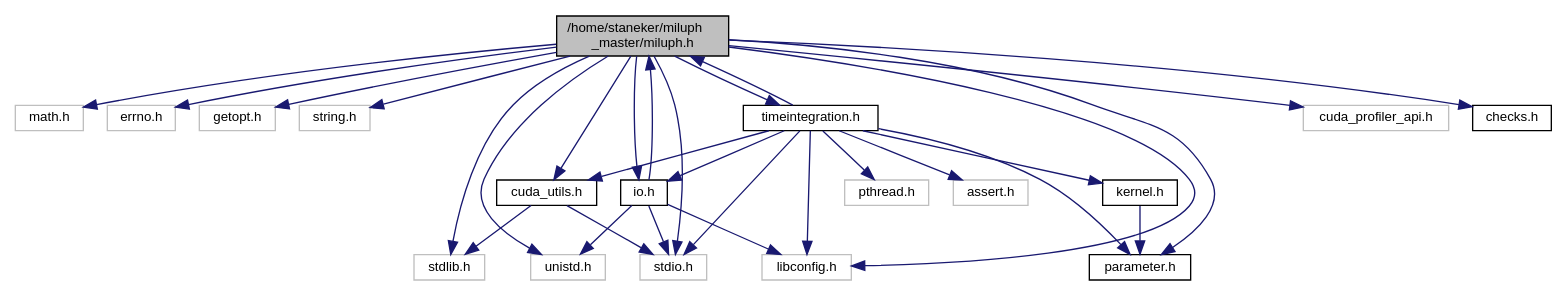
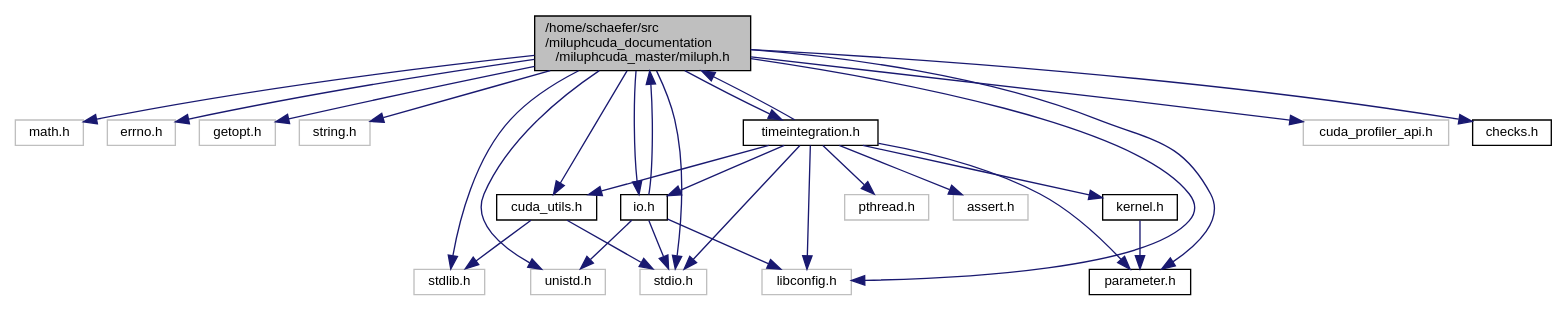
The diagram in docs/miluph_8h__incl.dot (christophmschaefer/miluphcuda), drawn with Graphviz before and after one commit. The commit also changed 272 other files, not shown here.

```diff
--- a/docs/miluph_8h__incl.dot
+++ b/docs/miluph_8h__incl.dot
@@ -1,53 +1,53 @@
-digraph "/home/staneker/miluph_master/miluph.h"
+digraph "/home/schaefer/src/miluphcuda_documentation/miluphcuda_master/miluph.h"
 {
   edge [fontname="Helvetica",fontsize="10",labelfontname="Helvetica",labelfontsize="10"];
   node [fontname="Helvetica",fontsize="10",shape=record];
-  Node0 [label="/home/staneker/miluph\l_master/miluph.h",height=0.2,width=0.4,color="black", fillcolor="grey75", style="filled", fontcolor="black"];
+  Node0 [label="/home/schaefer/src\l/miluphcuda_documentation\l/miluphcuda_master/miluph.h",height=0.2,width=0.4,color="black", fillcolor="grey75", style="filled", fontcolor="black"];
   Node0 -> Node1 [color="midnightblue",fontsize="10",style="solid",fontname="Helvetica"];
   Node1 [label="math.h",height=0.2,width=0.4,color="grey75", fillcolor="white", style="filled"];
   Node0 -> Node2 [color="midnightblue",fontsize="10",style="solid",fontname="Helvetica"];
   Node2 [label="errno.h",height=0.2,width=0.4,color="grey75", fillcolor="white", style="filled"];
   Node0 -> Node3 [color="midnightblue",fontsize="10",style="solid",fontname="Helvetica"];
   Node3 [label="getopt.h",height=0.2,width=0.4,color="grey75", fillcolor="white", style="filled"];
   Node0 -> Node4 [color="midnightblue",fontsize="10",style="solid",fontname="Helvetica"];
   Node4 [label="string.h",height=0.2,width=0.4,color="grey75", fillcolor="white", style="filled"];
   Node0 -> Node5 [color="midnightblue",fontsize="10",style="solid",fontname="Helvetica"];
   Node5 [label="unistd.h",height=0.2,width=0.4,color="grey75", fillcolor="white", style="filled"];
   Node0 -> Node6 [color="midnightblue",fontsize="10",style="solid",fontname="Helvetica"];
   Node6 [label="stdio.h",height=0.2,width=0.4,color="grey75", fillcolor="white", style="filled"];
   Node0 -> Node7 [color="midnightblue",fontsize="10",style="solid",fontname="Helvetica"];
   Node7 [label="stdlib.h",height=0.2,width=0.4,color="grey75", fillcolor="white", style="filled"];
   Node0 -> Node8 [color="midnightblue",fontsize="10",style="solid",fontname="Helvetica"];
   Node8 [label="libconfig.h",height=0.2,width=0.4,color="grey75", fillcolor="white", style="filled"];
   Node0 -> Node9 [color="midnightblue",fontsize="10",style="solid",fontname="Helvetica"];
   Node9 [label="cuda_utils.h",height=0.2,width=0.4,color="black", fillcolor="white", style="filled",URL="$cuda__utils_8h.html"];
   Node9 -> Node6 [color="midnightblue",fontsize="10",style="solid",fontname="Helvetica"];
   Node9 -> Node7 [color="midnightblue",fontsize="10",style="solid",fontname="Helvetica"];
   Node0 -> Node10 [color="midnightblue",fontsize="10",style="solid",fontname="Helvetica"];
   Node10 [label="parameter.h",height=0.2,width=0.4,color="black", fillcolor="white", style="filled",URL="$parameter_8h.html"];
   Node0 -> Node11 [color="midnightblue",fontsize="10",style="solid",fontname="Helvetica"];
   Node11 [label="io.h",height=0.2,width=0.4,color="black", fillcolor="white", style="filled",URL="$io_8h.html"];
   Node11 -> Node6 [color="midnightblue",fontsize="10",style="solid",fontname="Helvetica"];
   Node11 -> Node5 [color="midnightblue",fontsize="10",style="solid",fontname="Helvetica"];
   Node11 -> Node8 [color="midnightblue",fontsize="10",style="solid",fontname="Helvetica"];
   Node11 -> Node0 [color="midnightblue",fontsize="10",style="solid",fontname="Helvetica"];
   Node0 -> Node12 [color="midnightblue",fontsize="10",style="solid",fontname="Helvetica"];
   Node12 [label="timeintegration.h",height=0.2,width=0.4,color="black", fillcolor="white", style="filled",URL="$timeintegration_8h.html"];
   Node12 -> Node6 [color="midnightblue",fontsize="10",style="solid",fontname="Helvetica"];
   Node12 -> Node8 [color="midnightblue",fontsize="10",style="solid",fontname="Helvetica"];
   Node12 -> Node13 [color="midnightblue",fontsize="10",style="solid",fontname="Helvetica"];
   Node13 [label="pthread.h",height=0.2,width=0.4,color="grey75", fillcolor="white", style="filled"];
   Node12 -> Node14 [color="midnightblue",fontsize="10",style="solid",fontname="Helvetica"];
   Node14 [label="assert.h",height=0.2,width=0.4,color="grey75", fillcolor="white", style="filled"];
   Node12 -> Node10 [color="midnightblue",fontsize="10",style="solid",fontname="Helvetica"];
   Node12 -> Node0 [color="midnightblue",fontsize="10",style="solid",fontname="Helvetica"];
   Node12 -> Node11 [color="midnightblue",fontsize="10",style="solid",fontname="Helvetica"];
   Node12 -> Node9 [color="midnightblue",fontsize="10",style="solid",fontname="Helvetica"];
   Node12 -> Node15 [color="midnightblue",fontsize="10",style="solid",fontname="Helvetica"];
   Node15 [label="kernel.h",height=0.2,width=0.4,color="black", fillcolor="white", style="filled",URL="$kernel_8h.html"];
   Node15 -> Node10 [color="midnightblue",fontsize="10",style="solid",fontname="Helvetica"];
   Node0 -> Node16 [color="midnightblue",fontsize="10",style="solid",fontname="Helvetica"];
   Node16 [label="cuda_profiler_api.h",height=0.2,width=0.4,color="grey75", fillcolor="white", style="filled"];
   Node0 -> Node17 [color="midnightblue",fontsize="10",style="solid",fontname="Helvetica"];
   Node17 [label="checks.h",height=0.2,width=0.4,color="black", fillcolor="white", style="filled",URL="$checks_8h.html"];
 }
```
